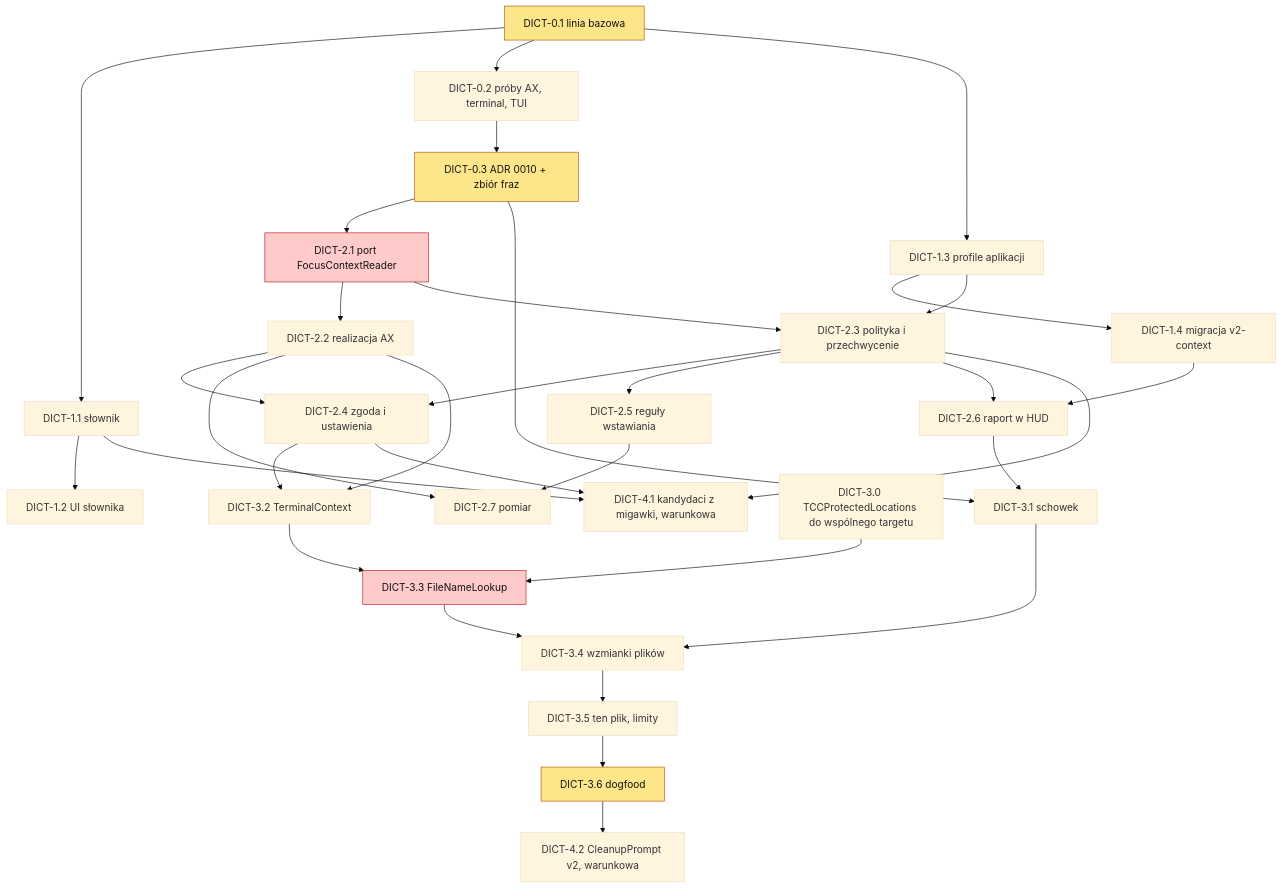
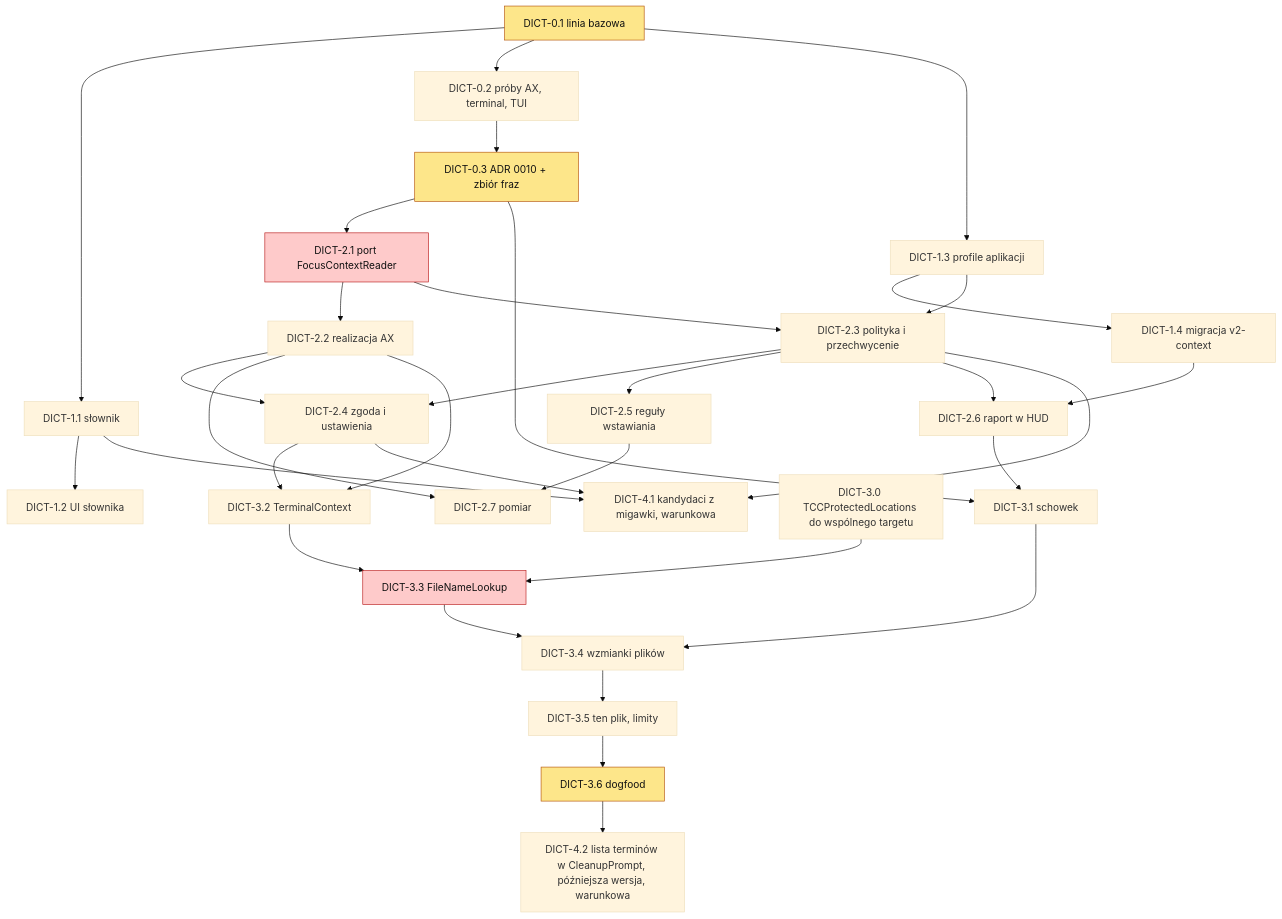
Before and after one commit to mjozefiak/Pounce: the diagram in .ai/specs/backlog/2026-11-13-epic-context-aware-dictation.md, drawn with Mermaid (base theme). The commit also changed other lines of this file, not shown here.

Commit message:
docs(backlog): DICT-4.2 is the prompt version after CleanupPrompt v2

````diff
--- a/.ai/specs/backlog/2026-11-13-epic-context-aware-dictation.md
+++ b/.ai/specs/backlog/2026-11-13-epic-context-aware-dictation.md
@@ -103,36 +103,36 @@
 ```mermaid
 flowchart TD
   classDef gate fill:#fde68a,color:#111,stroke:#b45309
   classDef contract fill:#fecaca,color:#111,stroke:#b91c1c
   D01[DICT-0.1 linia bazowa]:::gate --> D11[DICT-1.1 słownik]
   D01 --> D02[DICT-0.2 próby AX, terminal, TUI]
   D02 --> D03[DICT-0.3 ADR 0010 + zbiór fraz]:::gate
   D11 --> D12[DICT-1.2 UI słownika]
   D01 --> D13[DICT-1.3 profile aplikacji]
   D13 --> D14[DICT-1.4 migracja v2-context]
   D03 --> D21[DICT-2.1 port FocusContextReader]:::contract
   D21 --> D22[DICT-2.2 realizacja AX]
   D21 --> D23[DICT-2.3 polityka i przechwycenie]
   D13 --> D23
   D23 --> D24[DICT-2.4 zgoda i ustawienia]
   D22 --> D24
   D23 --> D25[DICT-2.5 reguły wstawiania]
   D14 --> D26[DICT-2.6 raport w HUD]
   D23 --> D26
   D22 --> D27[DICT-2.7 pomiar]
   D25 --> D27
   D03 --> D31[DICT-3.1 schowek]
   D26 --> D31
   D22 --> D32[DICT-3.2 TerminalContext]
   D24 --> D32
   D30[DICT-3.0 TCCProtectedLocations do wspólnego targetu] --> D33
   D32 --> D33[DICT-3.3 FileNameLookup]:::contract
   D33 --> D34[DICT-3.4 wzmianki plików]
   D31 --> D34
   D34 --> D35[DICT-3.5 ten plik, limity]
   D35 --> D36[DICT-3.6 dogfood]:::gate
   D23 --> D41[DICT-4.1 kandydaci z migawki, warunkowa]
   D11 --> D41
   D24 --> D41
-  D36 --> D42[DICT-4.2 CleanupPrompt v2, warunkowa]
+  D36 --> D42[DICT-4.2 lista terminów w CleanupPrompt, późniejsza wersja, warunkowa]
 ```
````
